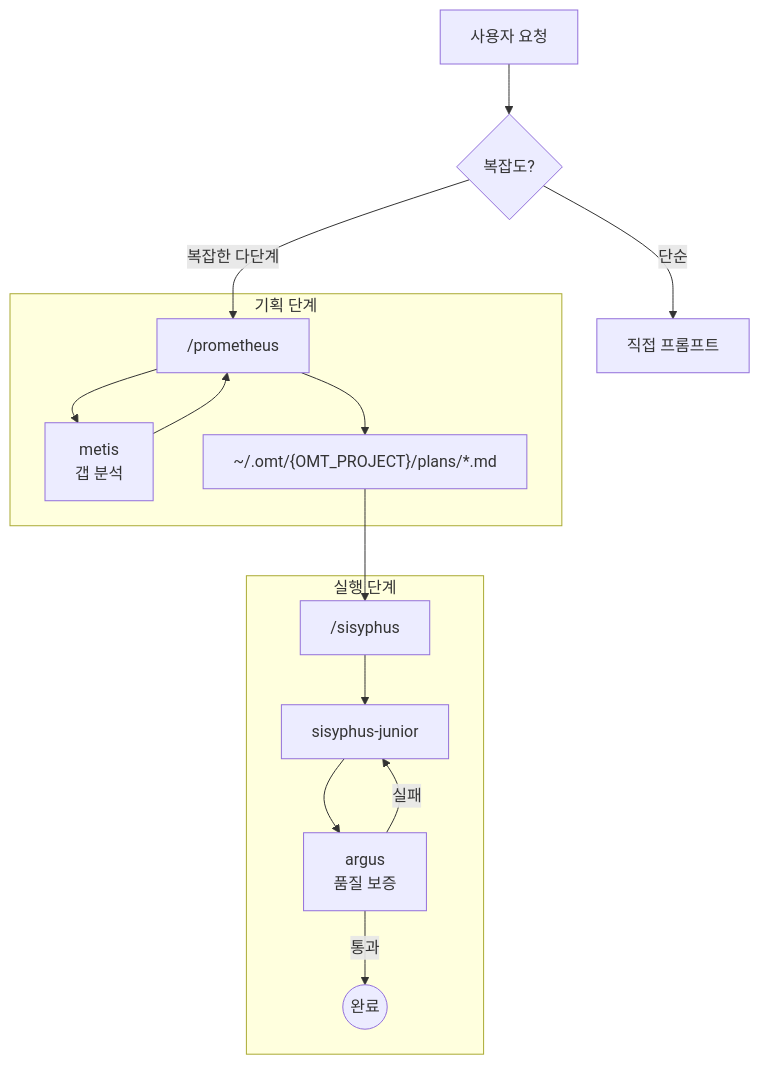
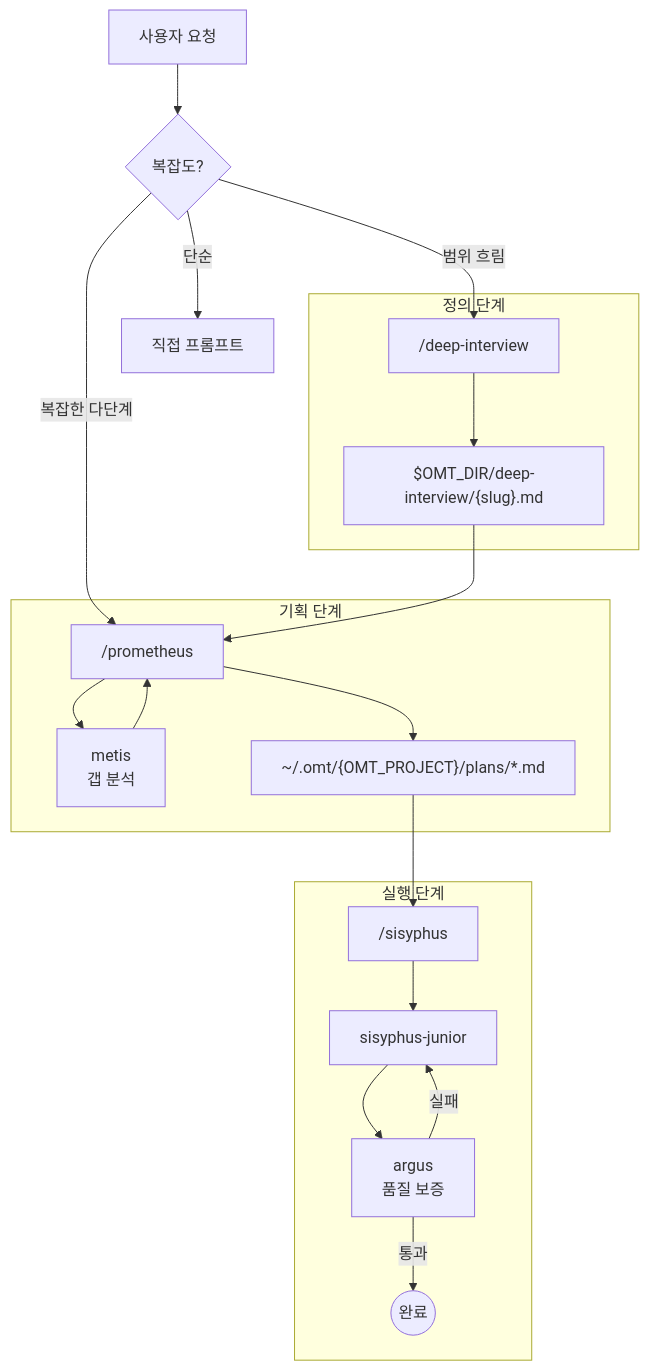
Before and after one commit to toongri/oh-my-toong-playground: the diagram in docs/ORCHESTRATION.md, drawn with Mermaid. The commit also changed other lines of this file and 15 other files, not shown here.

First line of the commit message:
docs: architecture 문서 제거 + README·오케스트레이션 정제

````diff
--- a/docs/ORCHESTRATION.md
+++ b/docs/ORCHESTRATION.md
@@ -46,21 +50,27 @@
 ```mermaid
 flowchart TD
     User[사용자 요청] --> Decision{복잡도?}
 
     Decision -->|단순| Direct[직접 프롬프트]
+    Decision -->|범위 흐림| DeepInterview["/deep-interview"]
     Decision -->|복잡한 다단계| Prometheus
 
+    subgraph 정의 단계
+        DeepInterview --> SpecFile["$OMT_DIR/deep-interview/{slug}.md"]
+    end
+
     subgraph 기획 단계
-        Prometheus["/prometheus"] --> Metis[metis<br/>갭 분석]
+        SpecFile --> Prometheus["/prometheus"]
+        Prometheus --> Metis[metis<br/>갭 분석]
         Metis --> Prometheus
         Prometheus --> PlanFile["~/.omt/{OMT_PROJECT}/plans/*.md"]
     end
 
     subgraph 실행 단계
         PlanFile --> Sisyphus["/sisyphus"]
         Sisyphus --> Junior[sisyphus-junior]
         Junior --> QA[argus<br/>품질 보증]
         QA -->|통과| Done((완료))
         QA -->|실패| Junior
     end
 ```
````
